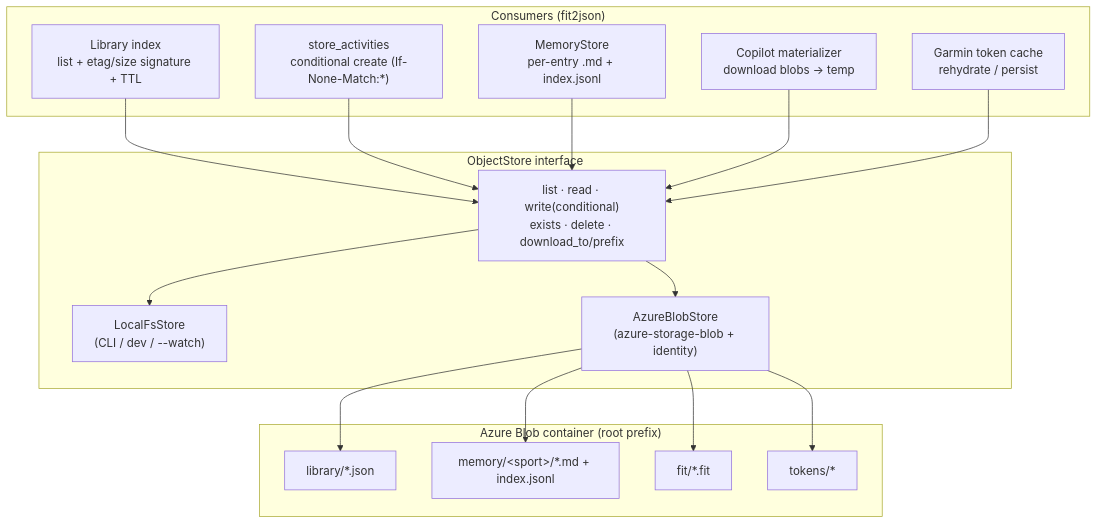
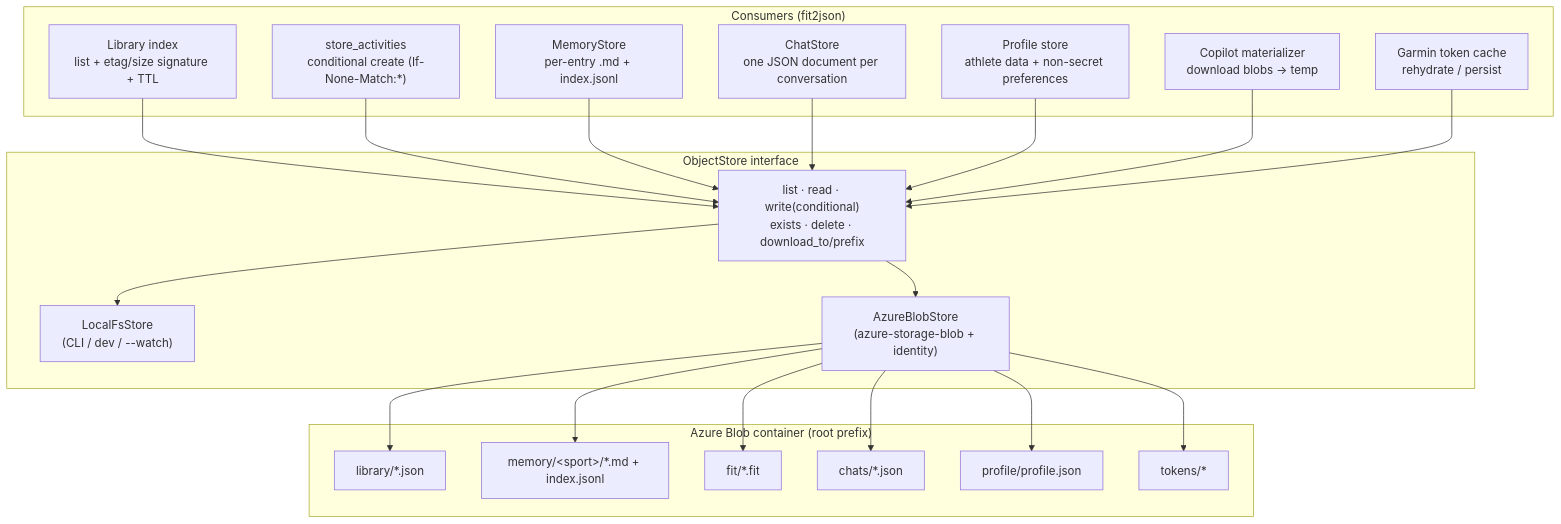
One commit to kerem-ersoz/fit2json changed the fourth of 6 diagrams in docs/multi-user-sync.md. Above: the diagram before and after it, drawn with Mermaid. The commit also changed other lines of this file and 1 other file, not shown here.

````diff
--- a/docs/multi-user-sync.md
+++ b/docs/multi-user-sync.md
@@ -214,32 +216,40 @@
 ```mermaid
 flowchart TB
     subgraph Consumers["Consumers (fit2json)"]
         LIB["Library index<br/>list + etag/size signature + TTL"]
         STOREW["store_activities<br/>conditional create (If-None-Match:*)"]
         MEM["MemoryStore<br/>per-entry .md + index.jsonl"]
+        CHAT["ChatStore<br/>one JSON document per conversation"]
+        PROF["Profile store<br/>athlete data + non-secret preferences"]
         MAT["Copilot materializer<br/>download blobs → temp"]
         TOK["Garmin token cache<br/>rehydrate / persist"]
     end
     subgraph Abstraction["ObjectStore interface"]
         IFACE["list · read · write(conditional)<br/>exists · delete · download_to/prefix"]
         LOCAL["LocalFsStore<br/>(CLI / dev / --watch)"]
         AZ["AzureBlobStore<br/>(azure-storage-blob + identity)"]
     end
     subgraph BlobC["Azure Blob container (root prefix)"]
         L["library/*.json"]
         M["memory/&lt;sport&gt;/*.md + index.jsonl"]
         F["fit/*.fit"]
+        C["chats/*.json"]
+        P["profile/profile.json"]
         T["tokens/*"]
     end
     LIB --> IFACE
     STOREW --> IFACE
     MEM --> IFACE
+    CHAT --> IFACE
+    PROF --> IFACE
     MAT --> IFACE
     TOK --> IFACE
     IFACE --> LOCAL
     IFACE --> AZ
     AZ --> L
     AZ --> M
     AZ --> F
+    AZ --> C
+    AZ --> P
     AZ --> T
 ```
````
